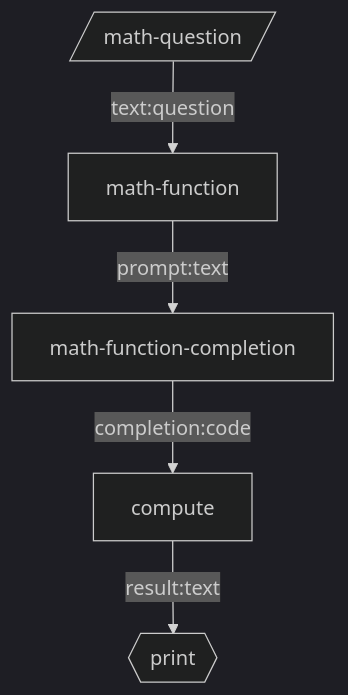
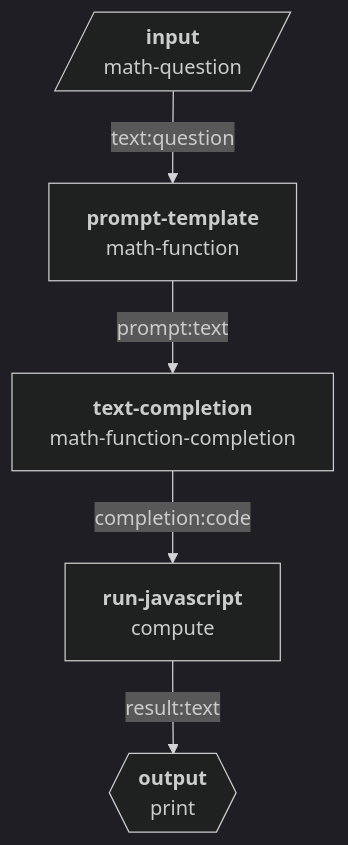
The diagram in seeds/graph-playground/docs/graphs/math.md (breadboard-ai/breadboard), drawn with Mermaid (dark theme) before and after one commit. The commit also changed 11 other files, not shown here.

Commit message:
[graph-playground] Show node types.

````diff
--- a/seeds/graph-playground/docs/graphs/math.md
+++ b/seeds/graph-playground/docs/graphs/math.md
@@ -4,7 +4,15 @@
 ```mermaid
 graph TD;
-math-question[/math-question/] -- text:question --> math-function
-math-function -- prompt:text --> math-function-completion
-math-function-completion -- completion:code --> compute
-compute -- result:text --> print{{print}}
+math-question[/"`**input**
+math-question`"/]:::input -- text:question --> math-function["`**prompt-template**
+math-function`"]
+math-function["`**prompt-template**
+math-function`"] -- prompt:text --> math-function-completion["`**text-completion**
+math-function-completion`"]
+math-function-completion["`**text-completion**
+math-function-completion`"] -- completion:code --> compute["`**run-javascript**
+compute`"]
+compute["`**run-javascript**
+compute`"] -- result:text --> print{{"`**output**
+print`"}}:::output
 ```
````
